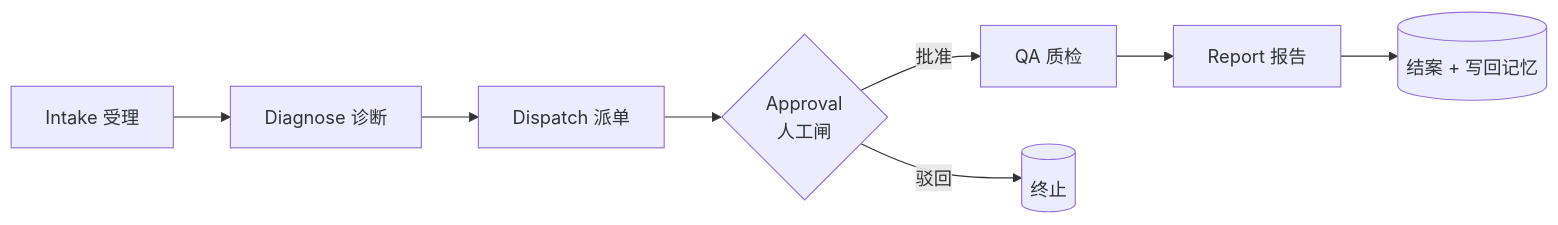
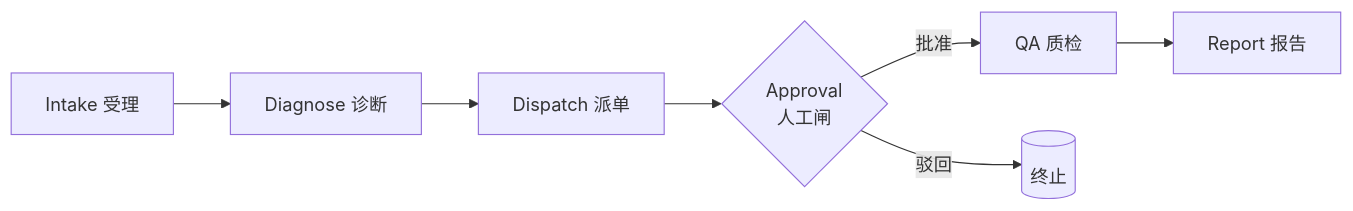
One commit to digitsouler/facility-multiagents changed the diagram in README.md. Above: the diagram before and after it, drawn with Mermaid. The commit also changed other lines of this file and 18 other files, not shown here.

````diff
--- a/README.md
+++ b/README.md
@@ -55,10 +54,9 @@
 ```mermaid
 graph LR
     A[Intake 受理] --> B[Diagnose 诊断]
     B --> C[Dispatch 派单]
     C --> D{Approval<br/>人工闸}
     D -->|批准| E[QA 质检]
     D -->|驳回| X[(终止)]
     E --> F[Report 报告]
-    F --> G[(结案 + 写回记忆)]
 ```
````
